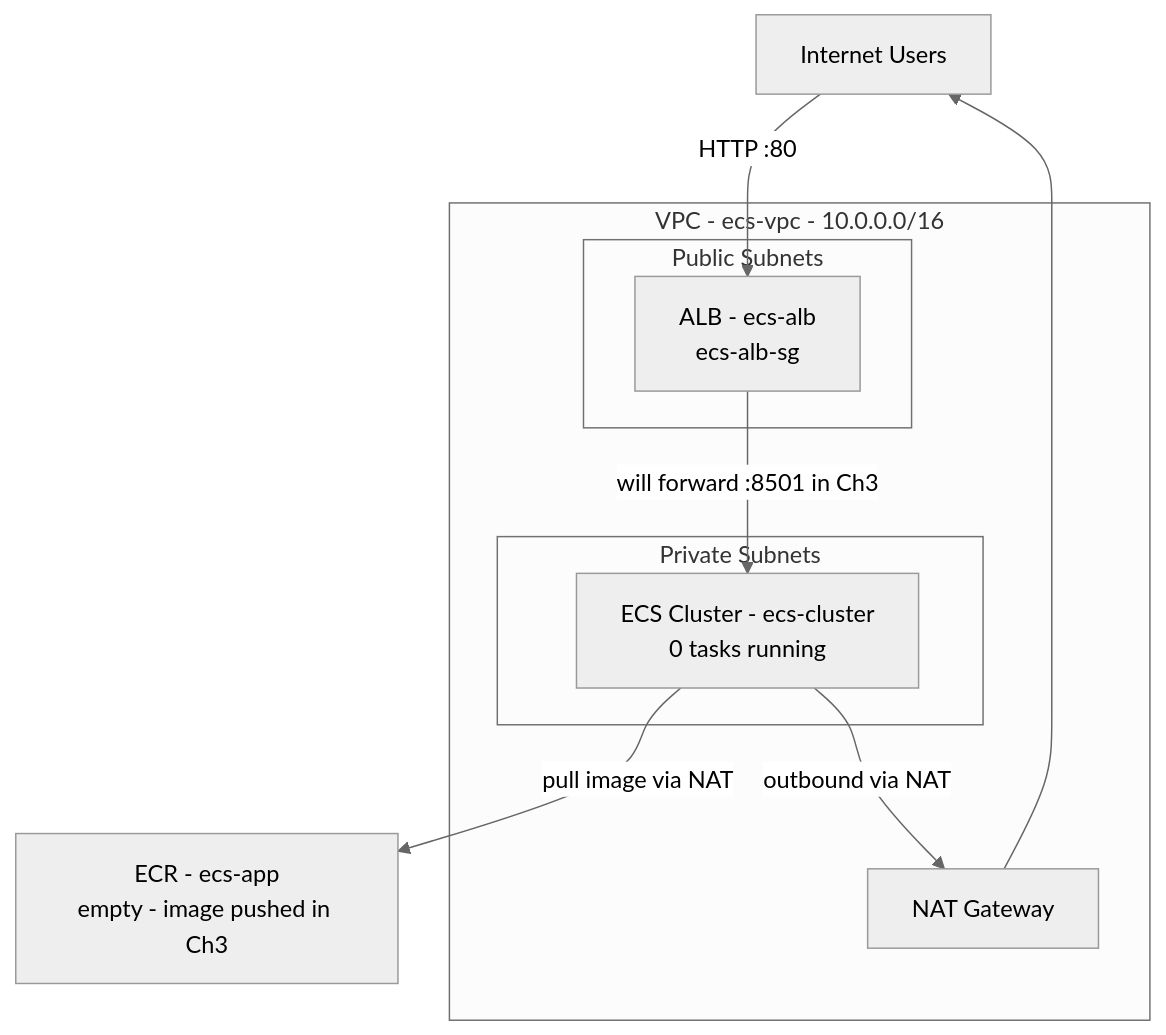
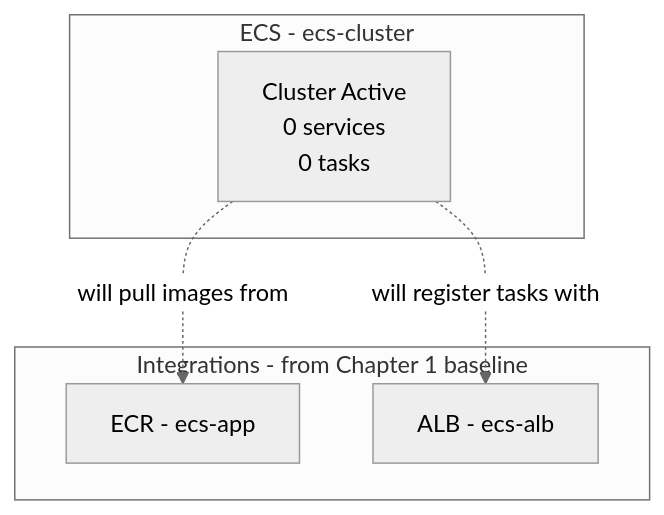
One commit to kubenine-mohammed/kubeblogs changed the second of 2 diagrams in chapter-2/blog-draft.md. Above: the diagram before and after it, drawn with Mermaid (neutral theme). The commit also changed other lines of this file and 2 other files, not shown here.

Commit message:
feat: ecs-focused update version1

````diff
--- a/chapter-2/blog-draft.md
+++ b/chapter-2/blog-draft.md
@@ -274,24 +201,14 @@
 ```mermaid
 flowchart TB
-    internet[Internet Users]
-
-    subgraph vpc [VPC - ecs-vpc - 10.0.0.0/16]
-        subgraph publicSubnets [Public Subnets]
-            alb[ALB - ecs-alb\necs-alb-sg]
-        end
-
-        subgraph privateSubnets [Private Subnets]
-            cluster[ECS Cluster - ecs-cluster\n0 tasks running]
-        end
-
-        nat[NAT Gateway]
+    subgraph ecs [ECS - ecs-cluster]
+        cluster[Cluster Active\n0 services\n0 tasks]
     end
 
-    ecr[ECR - ecs-app\nempty - image pushed in Ch3]
+    subgraph integrations [Integrations - from Chapter 1 baseline]
+        ecr[ECR - ecs-app]
+        alb[ALB - ecs-alb]
+    end
 
-    internet -->|"HTTP :80"| alb
-    alb -->|"will forward :8501 in Ch3"| cluster
-    cluster -->|"pull image via NAT"| ecr
-    cluster -->|"outbound via NAT"| nat
-    nat --> internet
+    cluster -.->|"will pull images from"| ecr
+    cluster -.->|"will register tasks with"| alb
 ```
````
